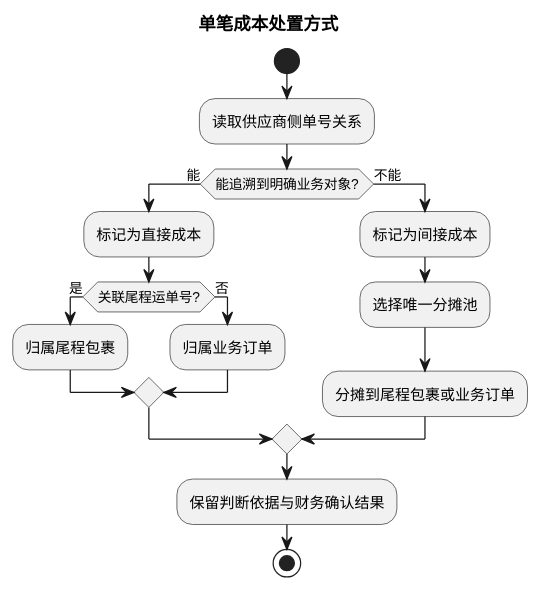
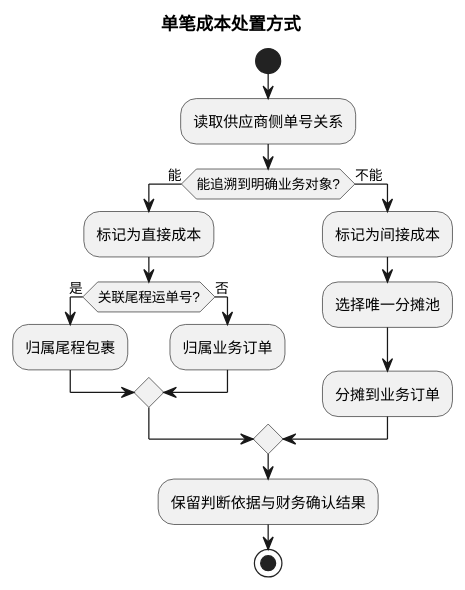
Before and after one commit to jack888332/projects-doc: diagram 14 of 20 in product-caliber/bms/prd/财务系统.PRD.md, drawn with PlantUML. The commit also changed other lines of this file and 2 other files, not shown here.

````diff
--- a/product-caliber/bms/prd/财务系统.PRD.md
+++ b/product-caliber/bms/prd/财务系统.PRD.md
@@ -3226,21 +3227,21 @@
 ```plantuml
 @startuml
 title 单笔成本处置方式
 start
 :读取供应商侧单号关系;
 if (能追溯到明确业务对象?) then (能)
   :标记为直接成本;
   if (关联尾程运单号?) then (是)
     :归属尾程包裹;
   else (否)
     :归属业务订单;
   endif
 else (不能)
   :标记为间接成本;
   :选择唯一分摊池;
-  :分摊到尾程包裹或业务订单;
+  :分摊到业务订单;
 endif
 :保留判断依据与财务确认结果;
 stop
 @enduml
 ```
````
